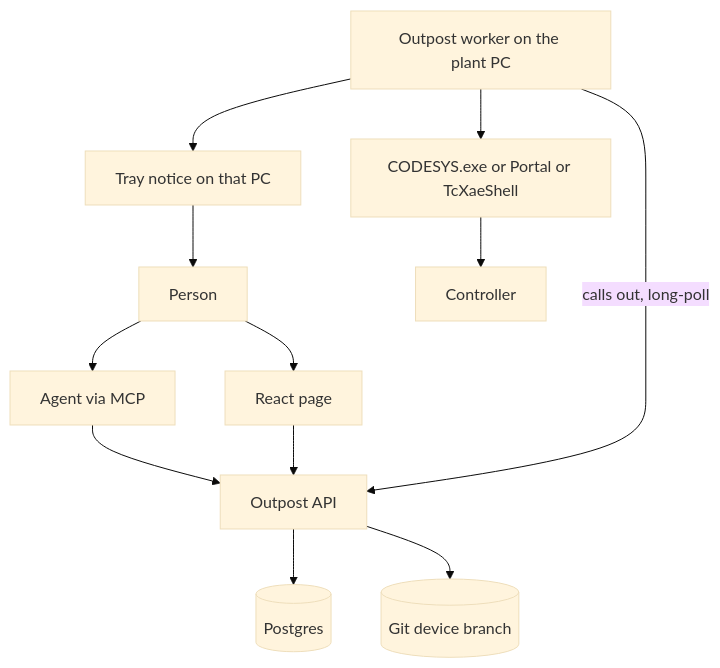
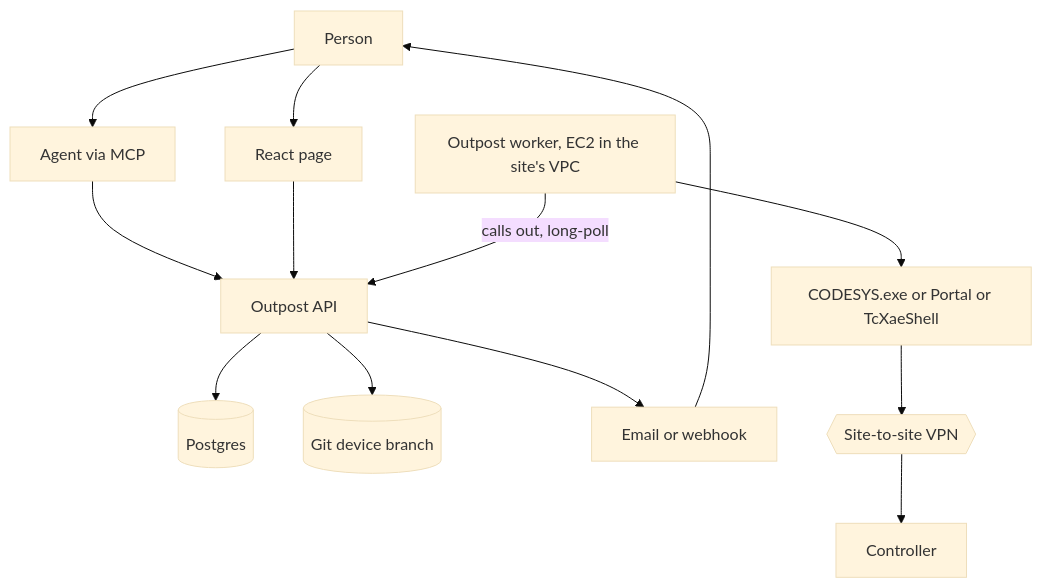
Before and after one commit to Jhonatan-fluid/Versio-VersionControlSystem: the first of 6 diagrams in docs/outpost/PLAN.md, drawn with Mermaid (base theme). The commit also changed other lines of this file and 2 other files, not shown here.

Commit message:
outpost plan reviewed

````diff
--- a/docs/outpost/PLAN.md
+++ b/docs/outpost/PLAN.md
@@ -94,25 +107,27 @@
 ```mermaid
 flowchart TB
   person[Person]
   agent[Agent via MCP]
   web[React page]
   api[Outpost API]
   db[(Postgres)]
   git[(Git device branch)]
-  worker[Outpost worker on the plant PC]
-  tray[Tray notice on that PC]
+  worker[Outpost worker, EC2 in the site's VPC]
+  notify[Email or webhook]
   ide["CODESYS.exe or Portal or TcXaeShell"]
+  vpn{{Site-to-site VPN}}
   plc[Controller]
 
   person --> web
   person --> agent
   agent --> api
   web --> api
   api --> db
   api --> git
+  api --> notify
+  notify --> person
   worker -->|"calls out, long-poll"| api
   worker --> ide
-  ide --> plc
-  worker --> tray
-  tray --> person
+  ide --> vpn
+  vpn --> plc
 ```
````
